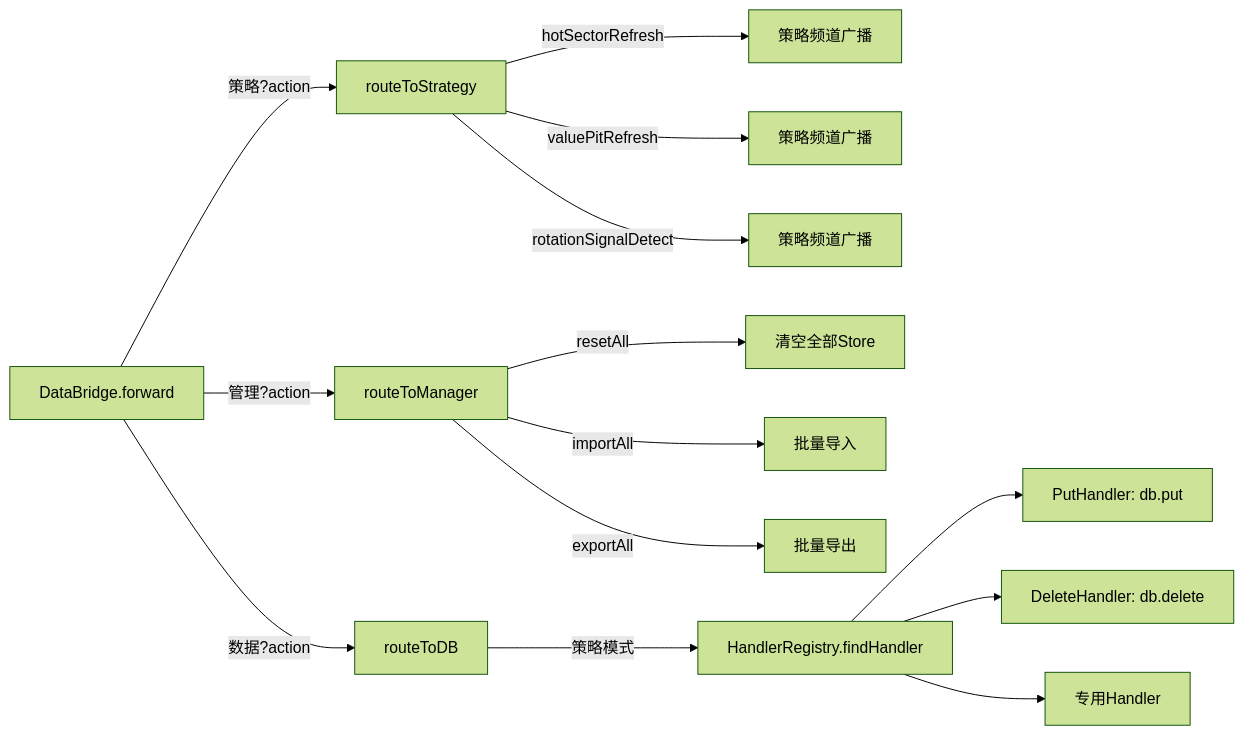
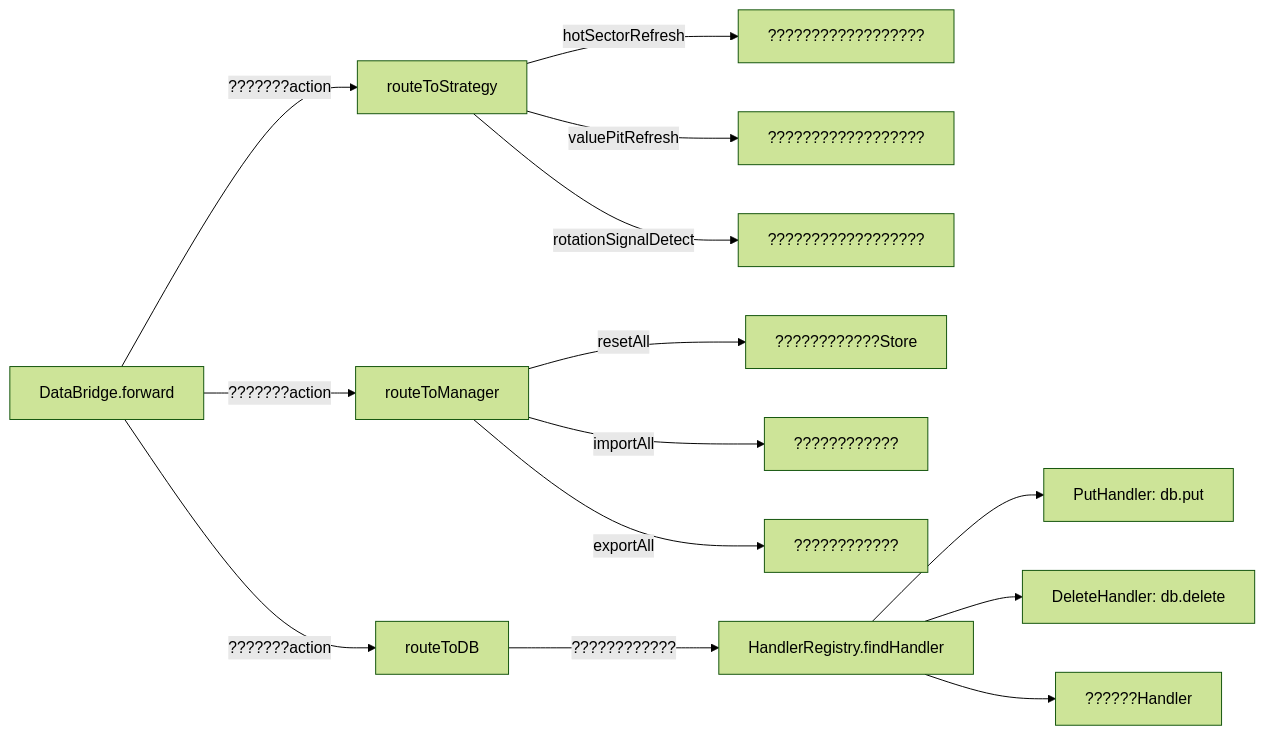
One commit to DHENGHONGYU/- changed the second of 19 diagrams in docs/explanation/design/databridge数据链路全景分析报告.md. Above: the diagram before and after it, drawn with Mermaid (forest theme). The commit also changed other lines of this file and 664 other files, not shown here.

````diff
--- a/docs/explanation/design/databridge数据链路全景分析报告.md
+++ b/docs/explanation/design/databridge数据链路全景分析报告.md
@@ -67,19 +67,19 @@
 ```mermaid
 graph LR
-    Forward[DataBridge.forward] -->|策略?action| Strategy[routeToStrategy]
-    Forward -->|管理?action| Manager[routeToManager]
-    Forward -->|数据?action| DB[routeToDB]
+    Forward[DataBridge.forward] -->|???????action| Strategy[routeToStrategy]
+    Forward -->|???????action| Manager[routeToManager]
+    Forward -->|???????action| DB[routeToDB]
     
-    Strategy -->|hotSectorRefresh| HS[策略频道广播]
-    Strategy -->|valuePitRefresh| VP[策略频道广播]
-    Strategy -->|rotationSignalDetect| RS[策略频道广播]
+    Strategy -->|hotSectorRefresh| HS[??????????????????]
+    Strategy -->|valuePitRefresh| VP[??????????????????]
+    Strategy -->|rotationSignalDetect| RS[??????????????????]
     
-    Manager -->|resetAll| Reset[清空全部Store]
-    Manager -->|importAll| Import[批量导入]
-    Manager -->|exportAll| Export[批量导出]
+    Manager -->|resetAll| Reset[????????????Store]
+    Manager -->|importAll| Import[????????????]
+    Manager -->|exportAll| Export[????????????]
     
-    DB -->|策略模式| Handler[HandlerRegistry.findHandler]
+    DB -->|????????????| Handler[HandlerRegistry.findHandler]
     Handler --> Put[PutHandler: db.put]
     Handler --> Delete[DeleteHandler: db.delete]
-    Handler --> Special[专用Handler]
+    Handler --> Special[??????Handler]
 ```
````
